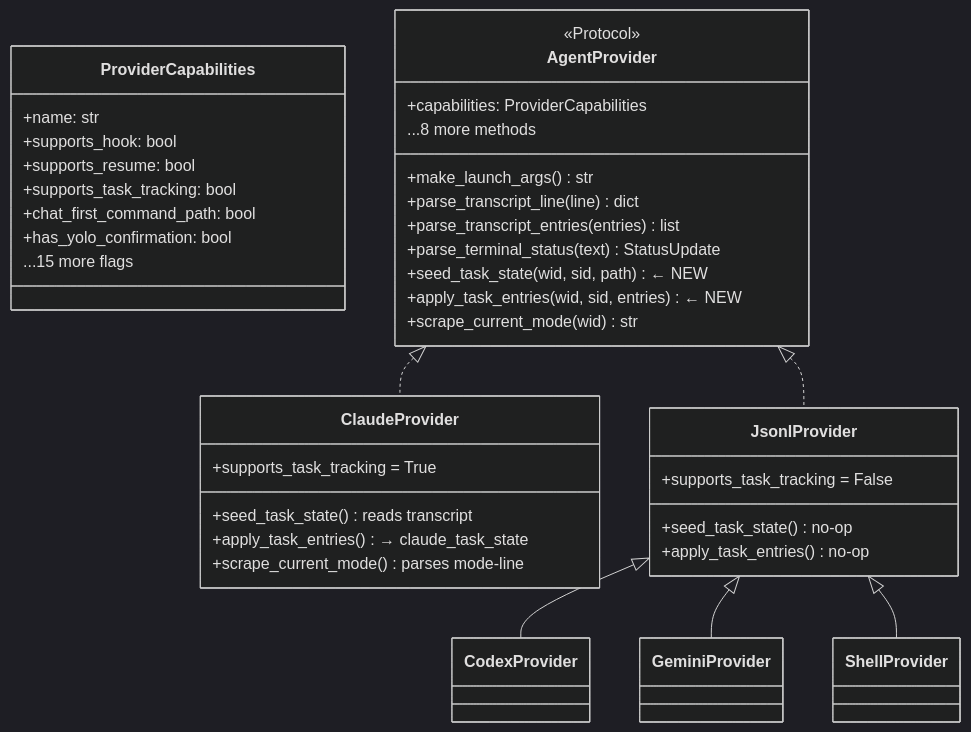
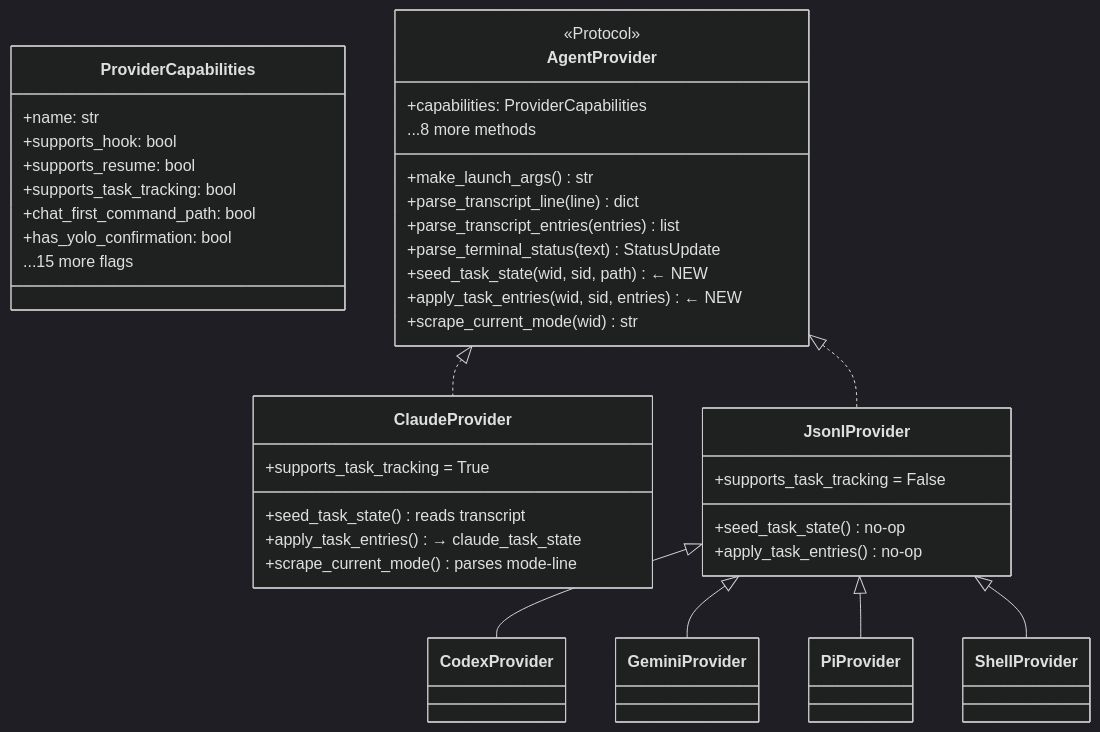
The fifth of 10 diagrams in docs/architecture.md (alexei-led/ccbot), drawn with Mermaid (dark theme) before and after one commit. The commit also changed other lines of this file and 7 other files, not shown here.

First line of the commit message:
docs: document pi provider across user + architecture docs

````diff
--- a/docs/architecture.md
+++ b/docs/architecture.md
@@ -142,48 +142,50 @@
 ```mermaid
 classDiagram
     class ProviderCapabilities {
         +name: str
         +supports_hook: bool
         +supports_resume: bool
         +supports_task_tracking: bool
         +chat_first_command_path: bool
         +has_yolo_confirmation: bool
         ...15 more flags
     }
 
     class AgentProvider {
         <<Protocol>>
         +capabilities: ProviderCapabilities
         +make_launch_args() str
         +parse_transcript_line(line) dict
         +parse_transcript_entries(entries) list
         +parse_terminal_status(text) StatusUpdate
         +seed_task_state(wid, sid, path) ← NEW
         +apply_task_entries(wid, sid, entries) ← NEW
         +scrape_current_mode(wid) str
         ...8 more methods
     }
 
     class ClaudeProvider {
         +supports_task_tracking = True
         +seed_task_state() reads transcript
         +apply_task_entries() → claude_task_state
         +scrape_current_mode() parses mode-line
     }
 
     class JsonlProvider {
         +supports_task_tracking = False
         +seed_task_state() no-op
         +apply_task_entries() no-op
     }
 
     class CodexProvider
     class GeminiProvider
+    class PiProvider
     class ShellProvider
 
     AgentProvider <|.. ClaudeProvider
     AgentProvider <|.. JsonlProvider
     JsonlProvider <|-- CodexProvider
     JsonlProvider <|-- GeminiProvider
+    JsonlProvider <|-- PiProvider
     JsonlProvider <|-- ShellProvider
 ```
````
